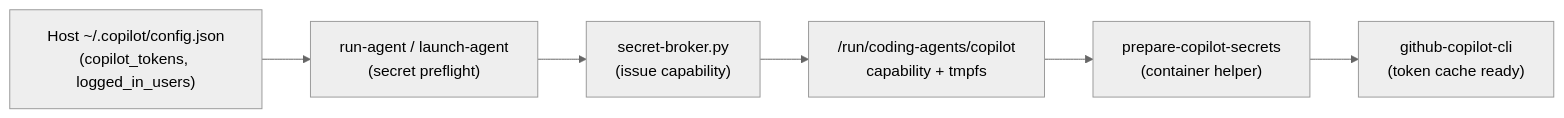
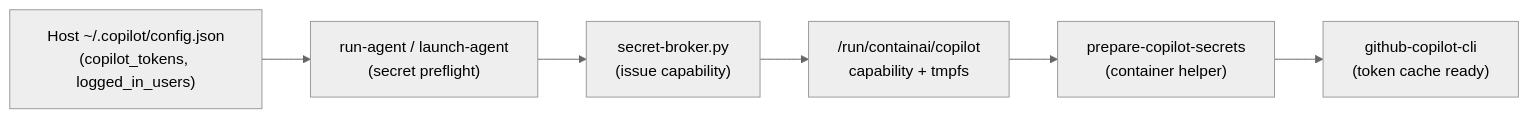
The fourth of 7 diagrams in docs/secret-broker-architecture.md (novotnyllc/ContainAI), drawn with Mermaid (neutral theme) before and after one commit. The commit also changed other lines of this file and 109 other files, not shown here.

````diff
--- a/docs/secret-broker-architecture.md
+++ b/docs/secret-broker-architecture.md
@@ -210,11 +210,11 @@
 ```mermaid
 flowchart LR
     host["Host ~/.copilot/config.json\n(copilot_tokens, logged_in_users)"]
     launcher["run-agent / launch-agent\n(secret preflight)"]
     broker["secret-broker.py\n(issue capability)"]
-    bundle["/run/coding-agents/copilot\ncapability + tmpfs"]
+    bundle["/run/containai/copilot\ncapability + tmpfs"]
     stub["prepare-copilot-secrets\n(container helper)"]
     cli["github-copilot-cli\n(token cache ready)"]
 
     host --> launcher --> broker --> bundle --> stub --> cli
 ```
````
